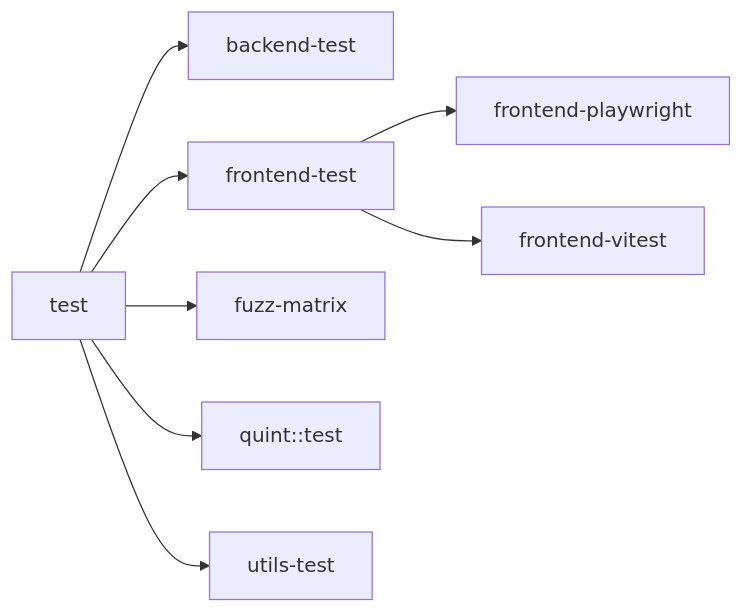
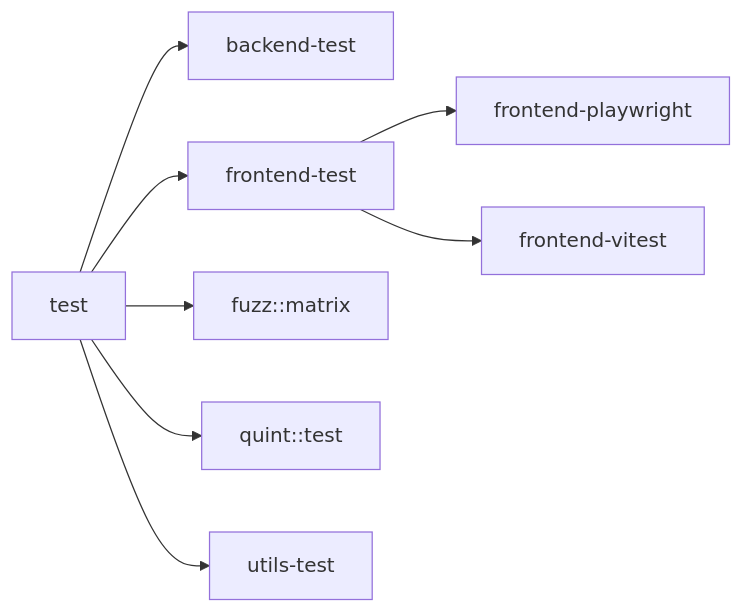
The second of 11 diagrams in docs/quality-gates.md (codesam88/picasu), drawn with Mermaid before and after one commit. The commit also changed other lines of this file and 33 other files, not shown here.

````diff
--- a/docs/quality-gates.md
+++ b/docs/quality-gates.md
@@ -34,10 +34,10 @@
 ```mermaid
 graph LR
   test --> backend-test
   test --> frontend-test
-  test --> fuzz-matrix
+  test --> fuzz::matrix
   test --> quint::test
   test --> utils-test
   frontend-test --> frontend-playwright
   frontend-test --> frontend-vitest
 ```
````
